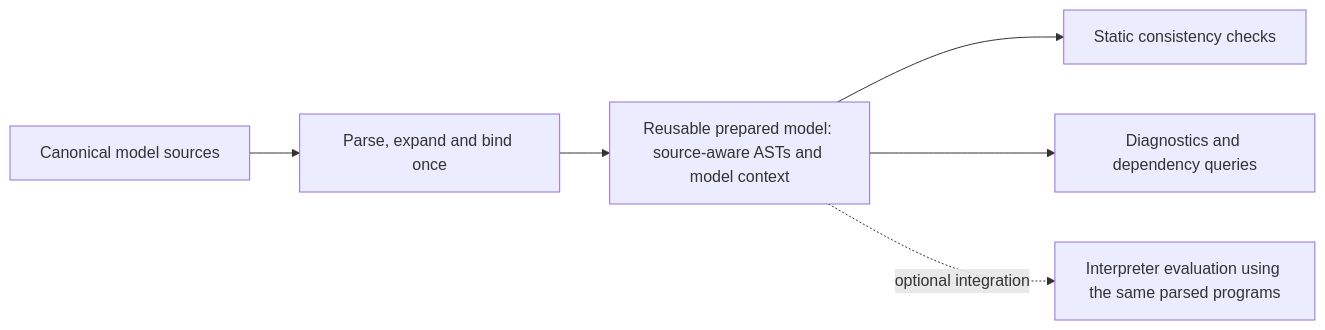
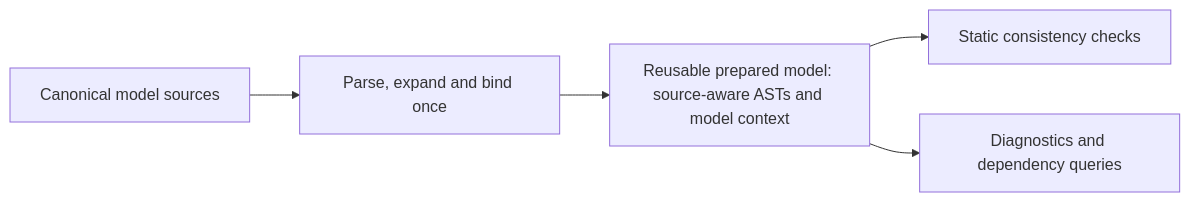
One commit to mbackschat/a12-dmkits changed the second of 2 diagrams in docs/PORTABLE-CONSISTENCY-PROPOSAL.md. Above: the diagram before and after it, drawn with Mermaid. The commit also changed other lines of this file and 1 other file, not shown here.

````diff
--- a/docs/PORTABLE-CONSISTENCY-PROPOSAL.md
+++ b/docs/PORTABLE-CONSISTENCY-PROPOSAL.md
@@ -244,8 +277,7 @@
 ```mermaid
 flowchart LR
     S[Canonical model sources] --> P[Parse, expand and bind once]
     P --> M[Reusable prepared model: source-aware ASTs and model context]
     M --> V[Static consistency checks]
     M --> D[Diagnostics and dependency queries]
-    M -. optional integration .-> E[Interpreter evaluation using the same parsed programs]
 ```
````
